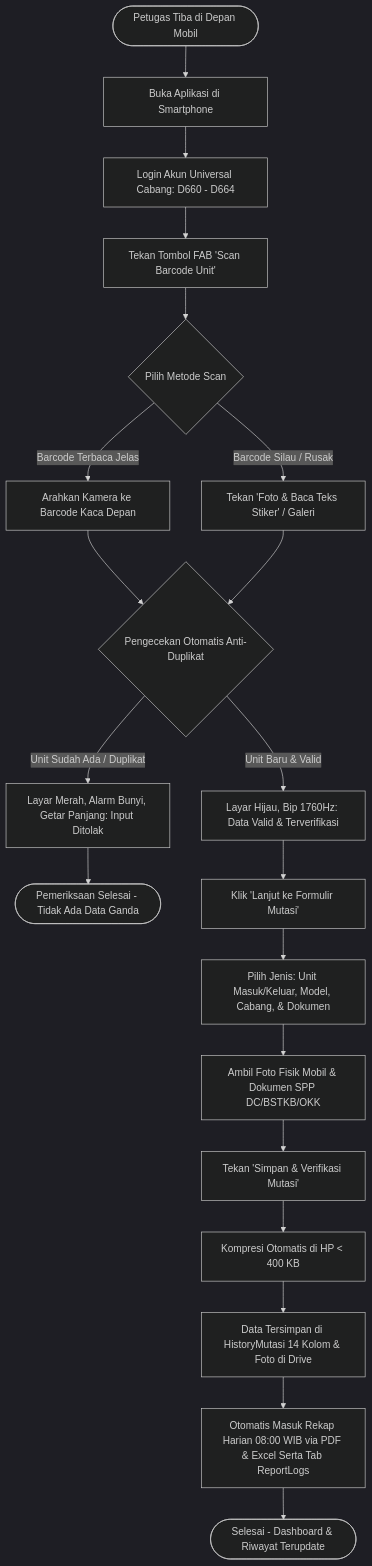
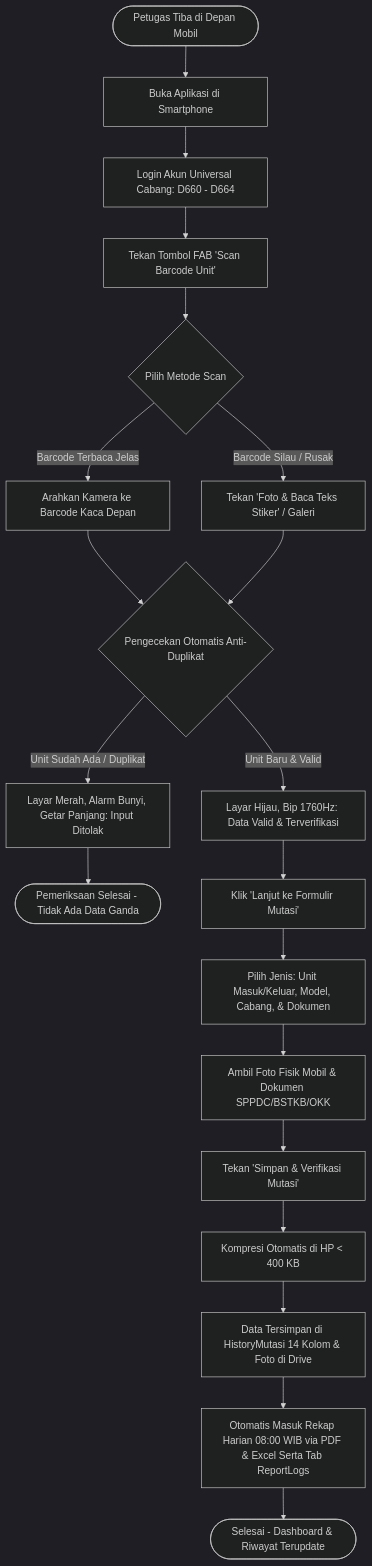
One commit to miyuraa1001/Management-StockYard changed the second of 2 diagrams in PRD.md. Above: the diagram before and after it, drawn with Mermaid (dark theme). The commit also changed other lines of this file and 6 other files, not shown here.

Commit message:
feat: standardize 1 approval signature (ADH/BM), rename column 13 to Foto Dokumen, normalize SPPDC, and update PRD v2.9

````diff
--- a/PRD.md
+++ b/PRD.md
@@ -377,28 +377,28 @@
 ```mermaid
 flowchart TD
     Start([Petugas Tiba di Depan Mobil]) --> OpenApp[Buka Aplikasi di Smartphone]
     OpenApp --> LoginUniversal[Login Akun Universal Cabang: D660 - D664]
     LoginUniversal --> ClickScan[Tekan Tombol FAB 'Scan Barcode Unit']
     ClickScan --> ChooseMode{Pilih Metode Scan}
     
     ChooseMode -->|Barcode Terbaca Jelas| ModeBarcode[Arahkan Kamera ke Barcode Kaca Depan]
     ChooseMode -->|Barcode Silau / Rusak| ModeOCR[Tekan 'Foto & Baca Teks Stiker' / Galeri]
     
     ModeBarcode --> CheckDupe{Pengecekan Otomatis Anti-Duplikat}
     ModeOCR --> CheckDupe
     
     CheckDupe -->|Unit Sudah Ada / Duplikat| Blocked[Layar Merah, Alarm Bunyi, Getar Panjang: Input Ditolak]
     Blocked --> FinishDuplicate([Pemeriksaan Selesai - Tidak Ada Data Ganda])
     
     CheckDupe -->|Unit Baru & Valid| Verified[Layar Hijau, Bip 1760Hz: Data Valid & Terverifikasi]
     Verified --> Step2[Klik 'Lanjut ke Formulir Mutasi']
     
     Step2 --> FillForm[Pilih Jenis: Unit Masuk/Keluar, Model, Cabang, & Dokumen]
-    FillForm --> SnapPhotos[Ambil Foto Fisik Mobil & Dokumen SPP DC/BSTKB/OKK]
+    FillForm --> SnapPhotos[Ambil Foto Fisik Mobil & Dokumen SPPDC/BSTKB/OKK]
     SnapPhotos --> Submit[Tekan 'Simpan & Verifikasi Mutasi']
     
     Submit --> CompressImg[Kompresi Otomatis di HP < 400 KB]
     CompressImg --> CloudSync[Data Tersimpan di HistoryMutasi 14 Kolom & Foto di Drive]
     CloudSync --> AutoReport[Otomatis Masuk Rekap Harian 08:00 WIB via PDF & Excel Serta Tab ReportLogs]
     AutoReport --> Done([Selesai - Dashboard & Riwayat Terupdate])
 ```
````
